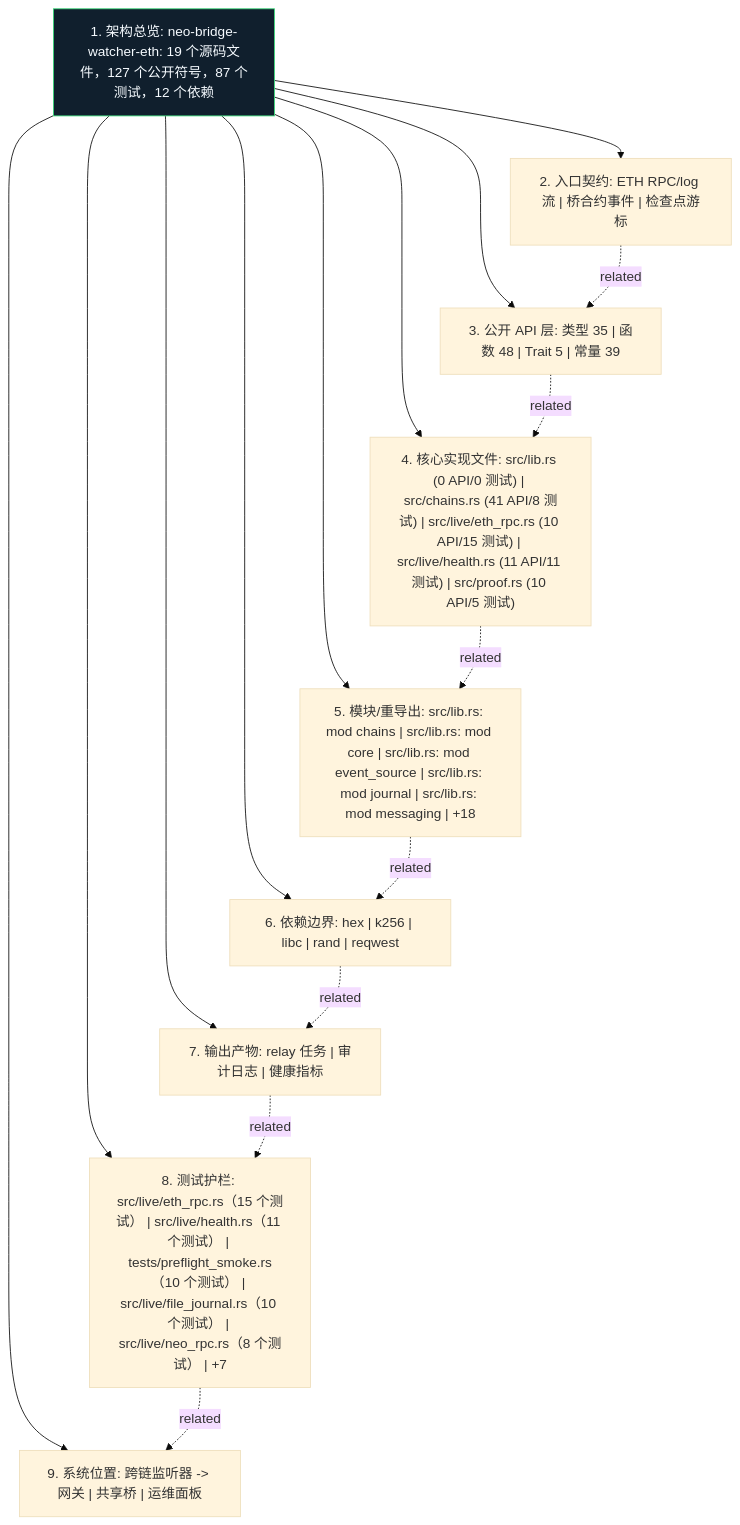
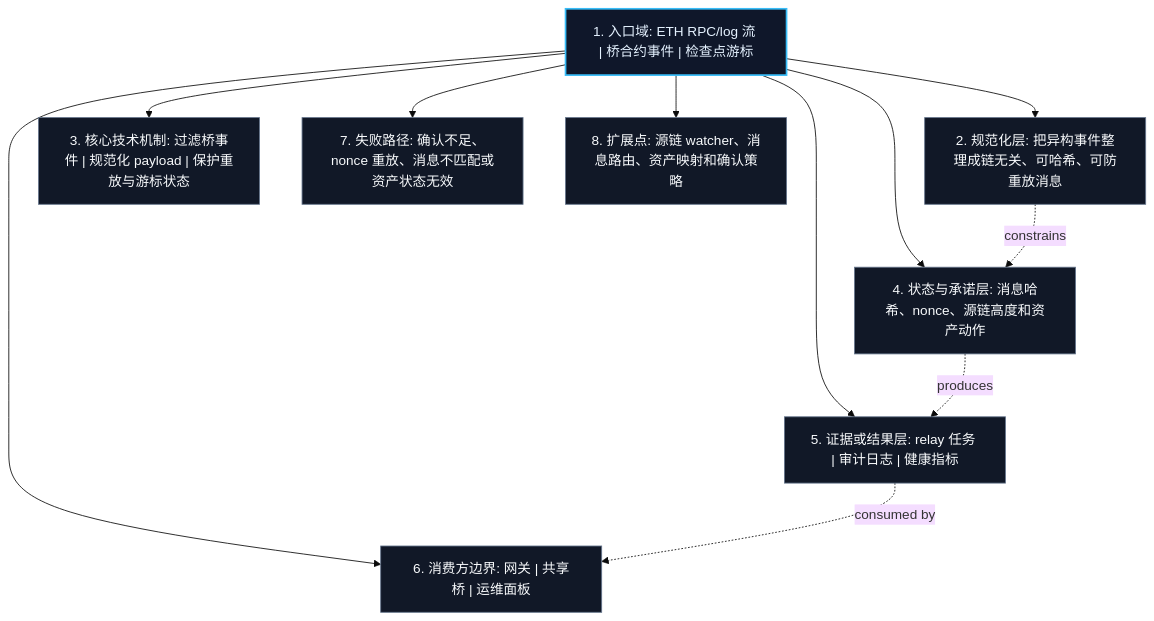
Before and after one commit to r3e-network/neo-n4: the diagram in watchers/neo-bridge-watcher-eth/docs/figures/architecture.zh.mmd, drawn with Mermaid (base theme). The commit also changed 515 other files, not shown here.

Commit message:
Replace crate diagrams with technical views

```diff
--- a/watchers/neo-bridge-watcher-eth/docs/figures/architecture.zh.mmd
+++ b/watchers/neo-bridge-watcher-eth/docs/figures/architecture.zh.mmd
@@ -1,27 +1,23 @@
 flowchart TB
-    N1["1. 架构总览: neo-bridge-watcher-eth: 19 个源码文件，127 个公开符号，87 个测试，12 个依赖"]
-    N2["2. 入口契约: ETH RPC/log 流 | 桥合约事件 | 检查点游标"]
-    N3["3. 公开 API 层: 类型 35 | 函数 48 | Trait 5 | 常量 39"]
-    N4["4. 核心实现文件: src/lib.rs (0 API/0 测试) | src/chains.rs (41 API/8 测试) | src/live/eth_rpc.rs (10 API/15 测试) | src/live/health.rs (11 API/11 测试) | src/proof.rs (10 API/5 测试)"]
-    N5["5. 模块/重导出: src/lib.rs: mod chains | src/lib.rs: mod core | src/lib.rs: mod event_source | src/lib.rs: mod journal | src/lib.rs: mod messaging | +18"]
-    N6["6. 依赖边界: hex | k256 | libc | rand | reqwest"]
-    N7["7. 输出产物: relay 任务 | 审计日志 | 健康指标"]
-    N8["8. 测试护栏: src/live/eth_rpc.rs（15 个测试） | src/live/health.rs（11 个测试） | tests/preflight_smoke.rs（10 个测试） | src/live/file_journal.rs（10 个测试） | src/live/neo_rpc.rs（8 个测试） | +7"]
-    N9["9. 系统位置: 跨链监听器 -> 网关 | 共享桥 | 运维面板"]
+    N1["1. 入口域: ETH RPC/log 流 | 桥合约事件 | 检查点游标"]
+    N2["2. 规范化层: 把异构事件整理成链无关、可哈希、可防重放消息"]
+    N3["3. 核心技术机制: 过滤桥事件 | 规范化 payload | 保护重放与游标状态"]
+    N4["4. 状态与承诺层: 消息哈希、nonce、源链高度和资产动作"]
+    N5["5. 证据或结果层: relay 任务 | 审计日志 | 健康指标"]
+    N6["6. 消费方边界: 网关 | 共享桥 | 运维面板"]
+    N7["7. 失败路径: 确认不足、nonce 重放、消息不匹配或资产状态无效"]
+    N8["8. 扩展点: 源链 watcher、消息路由、资产映射和确认策略"]
     N1 --> N2
     N1 --> N3
     N1 --> N4
     N1 --> N5
     N1 --> N6
     N1 --> N7
     N1 --> N8
-    N1 --> N9
-    N2 -. related .-> N3
-    N3 -. related .-> N4
-    N4 -. related .-> N5
-    N5 -. related .-> N6
-    N6 -. related .-> N7
-    N7 -. related .-> N8
-    N8 -. related .-> N9
-    classDef crate fill:#101f2d,stroke:#38d978,color:#f6fbff
-    class N1 crate
+    N2 -. constrains .-> N4
+    N4 -. produces .-> N5
+    N5 -. consumed by .-> N6
+    classDef core fill:#0f172a,stroke:#38bdf8,color:#e5f2ff,stroke-width:2px;
+    classDef support fill:#111827,stroke:#64748b,color:#f8fafc;
+    class N1 core;
+    class N2,N3,N4,N5,N6,N7,N8 support;
```
